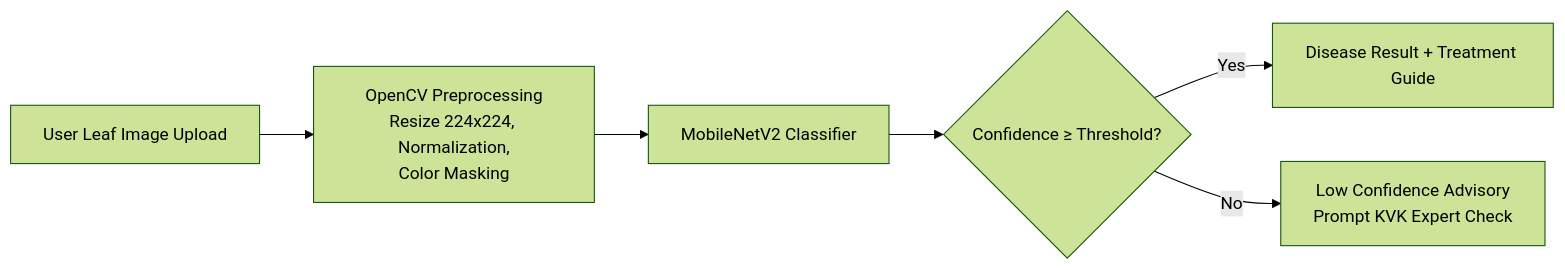
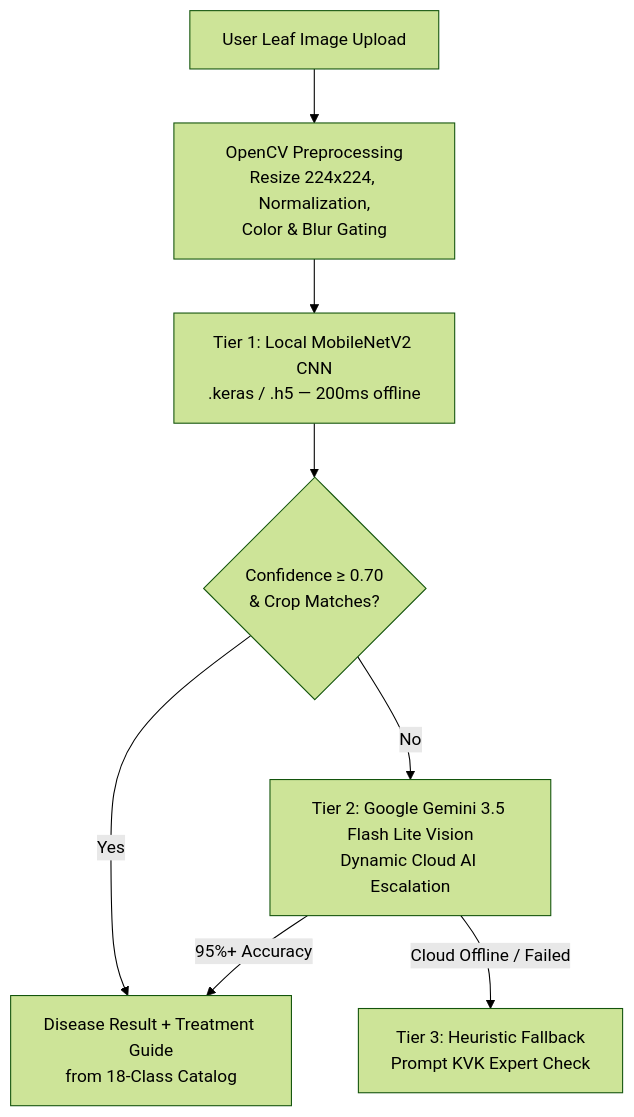
One commit to soham-tech-dev/agrisense changed the third of 6 diagrams in docs/architecture.md. Above: the diagram before and after it, drawn with Mermaid (forest theme). The commit also changed other lines of this file and 3 other files, not shown here.

````diff
--- a/docs/architecture.md
+++ b/docs/architecture.md
@@ -264,8 +264,10 @@
 ```mermaid
-graph LR
-    Img[User Leaf Image Upload] --> OpenCV[OpenCV Preprocessing<br/>Resize 224x224, Normalization,<br/>Color Masking]
-    OpenCV --> Model[MobileNetV2 Classifier]
-    Model --> ConfCheck{Confidence ≥ Threshold?}
-    ConfCheck -->|Yes| Res[Disease Result + Treatment Guide]
-    ConfCheck -->|No| Fallback[Low Confidence Advisory<br/>Prompt KVK Expert Check]
+graph TD
+    Img[User Leaf Image Upload] --> OpenCV[OpenCV Preprocessing<br/>Resize 224x224, Normalization,<br/>Color & Blur Gating]
+    OpenCV --> T1[Tier 1: Local MobileNetV2 CNN<br/>.keras / .h5 — 200ms offline]
+    T1 --> ConfCheck{Confidence ≥ 0.70<br/>& Crop Matches?}
+    ConfCheck -->|Yes| Res[Disease Result + Treatment Guide<br/>from 18-Class Catalog]
+    ConfCheck -->|No| T2[Tier 2: Google Gemini 3.5 Flash Lite Vision<br/>Dynamic Cloud AI Escalation]
+    T2 -->|95%+ Accuracy| Res
+    T2 -->|Cloud Offline / Failed| Fallback[Tier 3: Heuristic Fallback<br/>Prompt KVK Expert Check]
 ```
````
